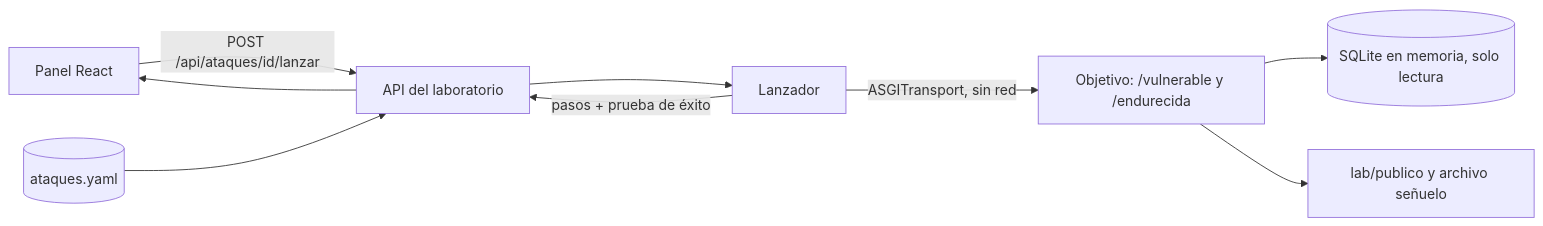
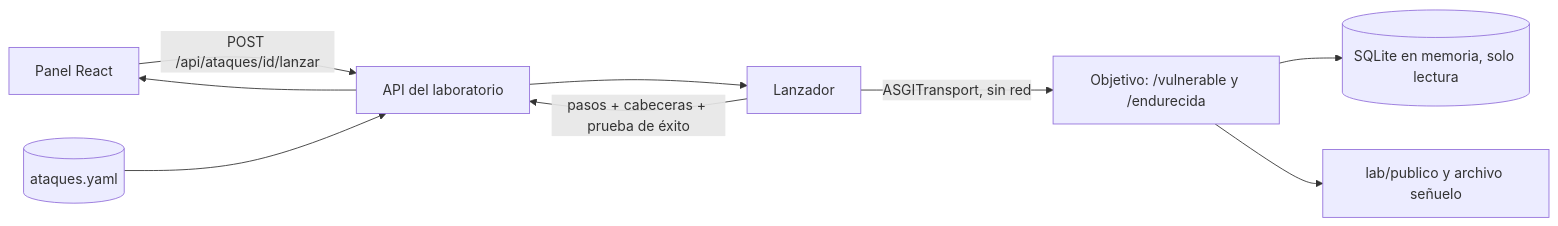
The diagram in README.md (JuanSGarciaC/laboratorio-defensa), drawn with Mermaid before and after one commit. The commit also changed other lines of this file and 10 other files, not shown here.

````diff
--- a/README.md
+++ b/README.md
@@ -77,10 +97,10 @@
 ```mermaid
 flowchart LR
   P[Panel React] -- POST /api/ataques/id/lanzar --> A[API del laboratorio]
   C[(ataques.yaml)] --> A
   A --> L[Lanzador]
   L -- ASGITransport, sin red --> O[Objetivo: /vulnerable y /endurecida]
   O --> DB[(SQLite en memoria, solo lectura)]
   O --> F[lab/publico y archivo señuelo]
-  L -- pasos + prueba de éxito --> A --> P
+  L -- pasos + cabeceras + prueba de éxito --> A --> P
 ```
````
